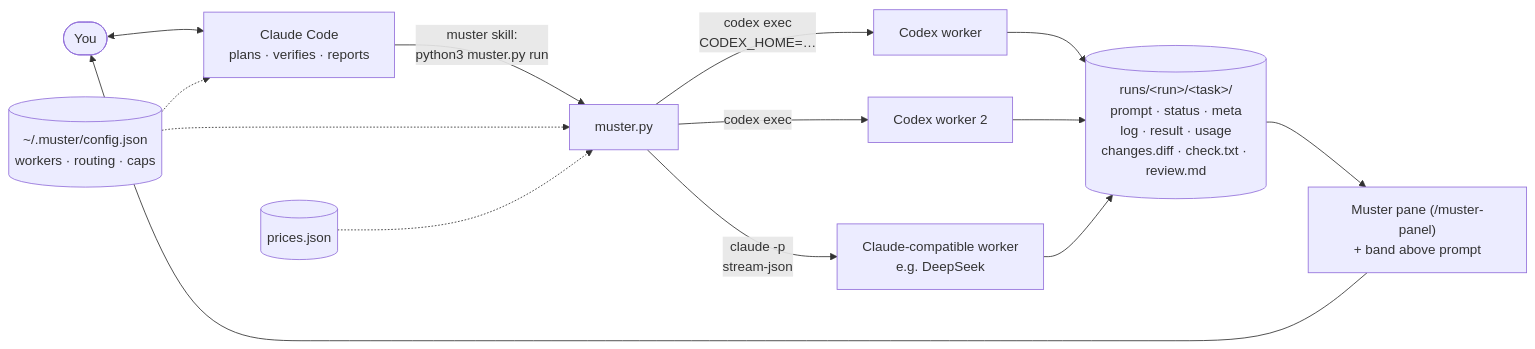
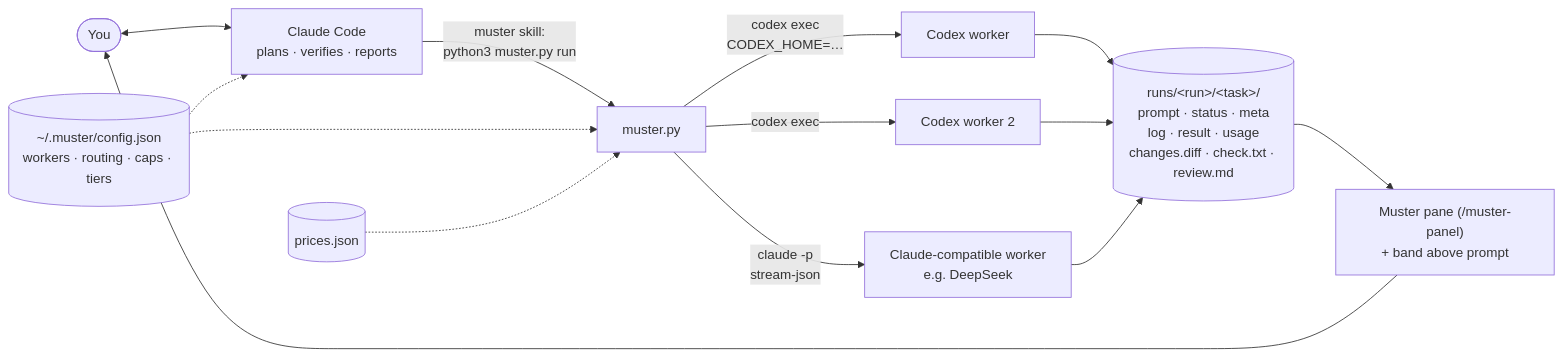
Before and after one commit to jandyx/muster: the first of 6 diagrams in docs/how-it-works.md, drawn with Mermaid. The commit also changed other lines of this file and 3 other files, not shown here.

````diff
--- a/docs/how-it-works.md
+++ b/docs/how-it-works.md
@@ -7,14 +7,14 @@
 ```mermaid
 flowchart LR
     you([You]) <--> claude["Claude Code<br/>plans · verifies · reports"]
     claude -- "muster skill:<br/>python3 muster.py run" --> runner[muster.py]
-    cfg[(~/.muster/config.json<br/>workers · routing · caps)] -.-> claude
+    cfg[(~/.muster/config.json<br/>workers · routing · caps · tiers)] -.-> claude
     cfg -.-> runner
     runner -- "codex exec<br/>CODEX_HOME=…" --> cx1[Codex worker]
     runner -- "codex exec" --> cx2[Codex worker 2]
     runner -- "claude -p<br/>stream-json" --> ds[Claude-compatible worker<br/>e.g. DeepSeek]
     cx1 & cx2 & ds --> runs[("runs/&lt;run&gt;/&lt;task&gt;/<br/>prompt · status · meta<br/>log · result · usage<br/>changes.diff · check.txt · review.md")]
     prices[(prices.json)] -.-> runner
     runs --> pane["Muster pane (/muster-panel)<br/>+ band above prompt"]
     pane --> you
 ```
````
